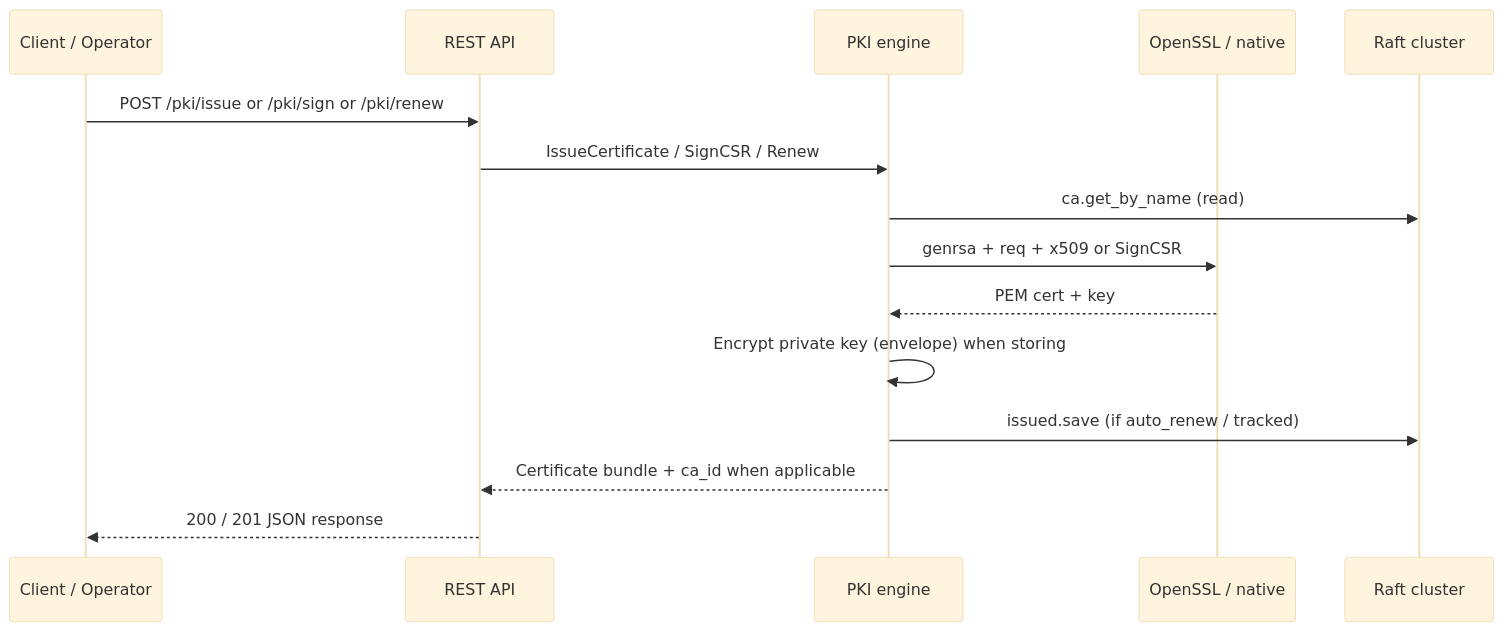
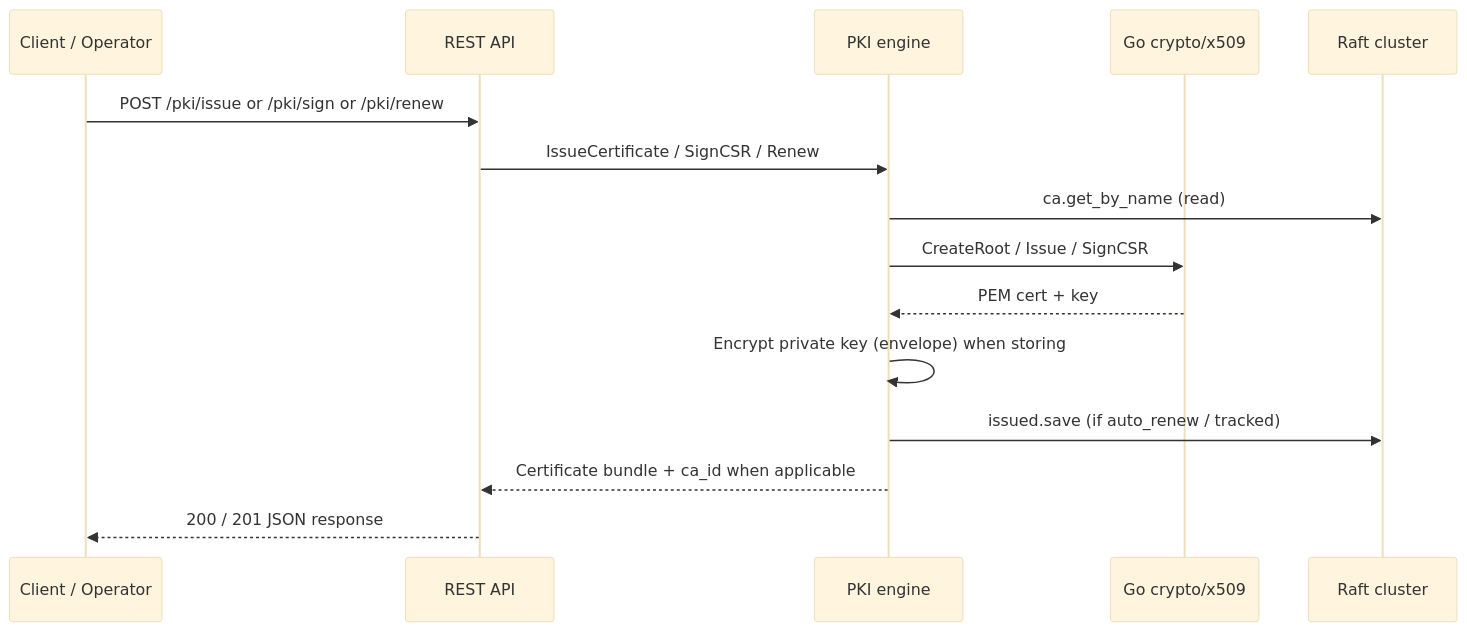
Before and after one commit to kubenexis/knxvault: the third of 8 diagrams in docs/architecture/diagrams.md, drawn with Mermaid (base theme). The commit also changed other lines of this file and 66 other files, not shown here.

First line of the commit message:
feat: distroless debian13 only; remove OpenSSL CLI PKI backend

````diff
--- a/docs/architecture/diagrams.md
+++ b/docs/architecture/diagrams.md
@@ -87,18 +87,18 @@
 ```mermaid
 sequenceDiagram
     participant C as Client / Operator
     participant API as REST API
     participant PKI as PKI engine
-    participant SSL as OpenSSL / native
+    participant Native as Go crypto/x509
     participant Raft as Raft cluster
 
     C->>API: POST /pki/issue or /pki/sign or /pki/renew
     API->>PKI: IssueCertificate / SignCSR / Renew
     PKI->>Raft: ca.get_by_name (read)
-    PKI->>SSL: genrsa + req + x509 or SignCSR
-    SSL-->>PKI: PEM cert + key
+    PKI->>Native: CreateRoot / Issue / SignCSR
+    Native-->>PKI: PEM cert + key
     PKI->>PKI: Encrypt private key (envelope) when storing
     PKI->>Raft: issued.save (if auto_renew / tracked)
     PKI-->>API: Certificate bundle + ca_id when applicable
     API-->>C: 200 / 201 JSON response
 ```
````
